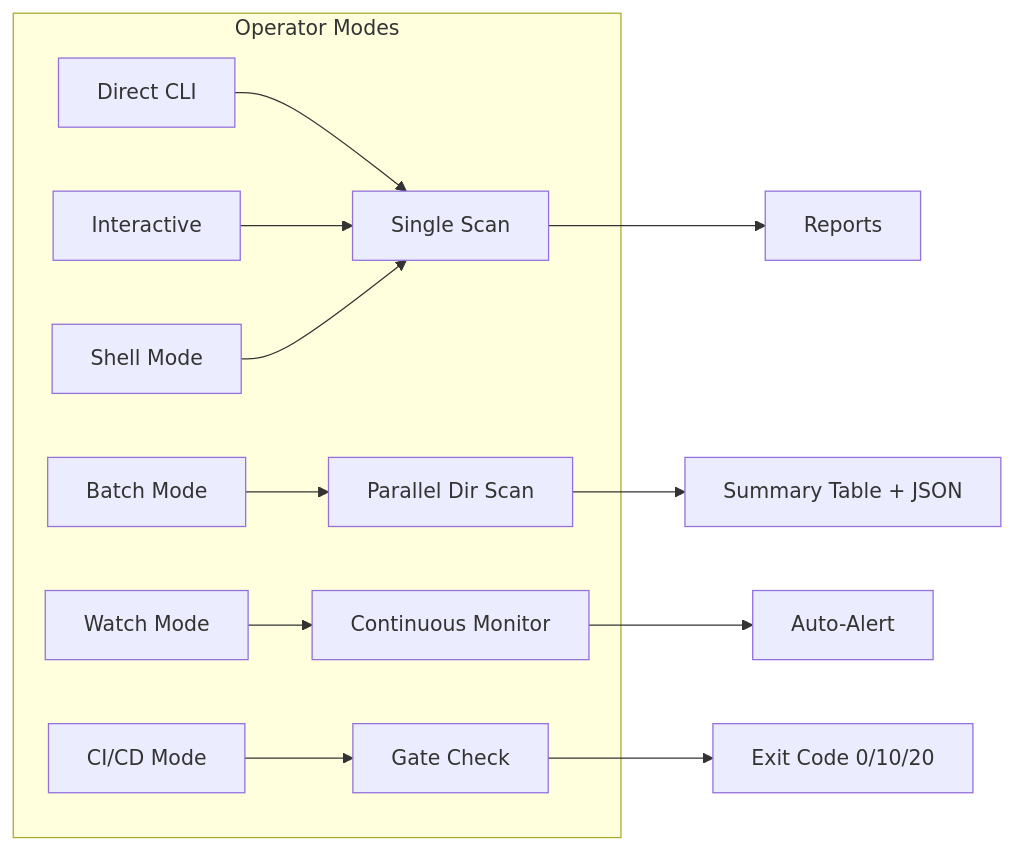
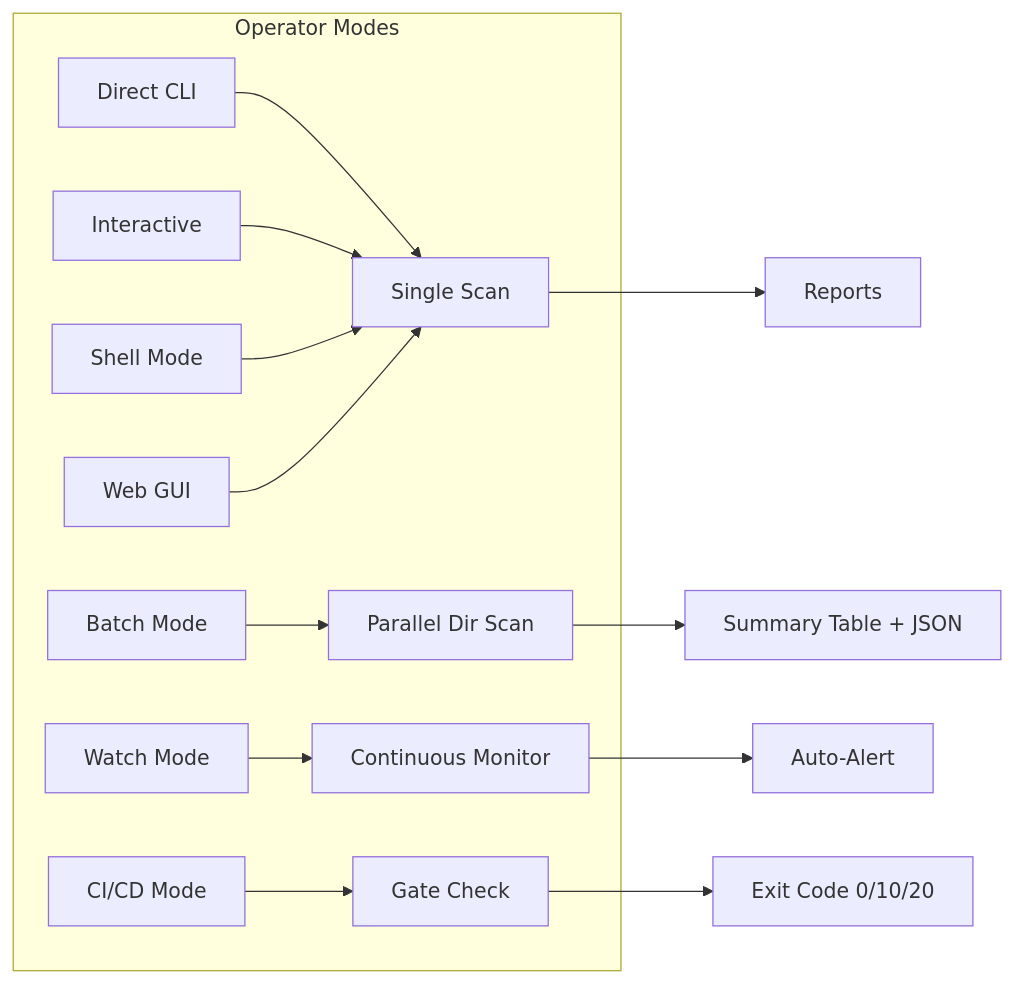
The fifth of 12 diagrams in README.md (Masriyan/FlatScan), drawn with Mermaid before and after one commit. The commit also changed other lines of this file and 10 other files, not shown here.

````diff
--- a/README.md
+++ b/README.md
@@ -306,16 +308,17 @@
 ```mermaid
 graph LR
     subgraph "Operator Modes"
         A[Direct CLI] --> E[Single Scan]
         B[Interactive] --> E
         C[Shell Mode] --> E
         D[Batch Mode] --> F[Parallel Dir Scan]
         G[Watch Mode] --> H[Continuous Monitor]
         I[CI/CD Mode] --> J[Gate Check]
+        W[Web GUI] --> E
     end
     
     E --> K[Reports]
     F --> L[Summary Table + JSON]
     H --> M[Auto-Alert]
     J --> N[Exit Code 0/10/20]
 ```
````
